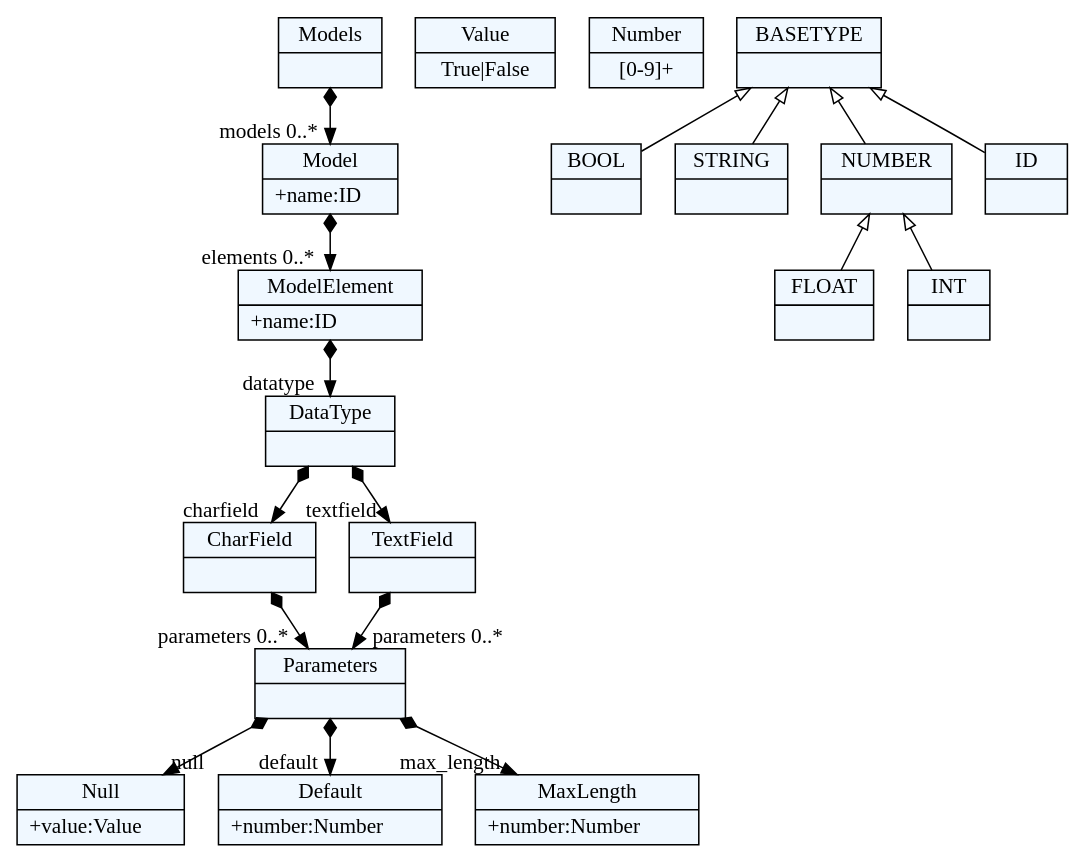
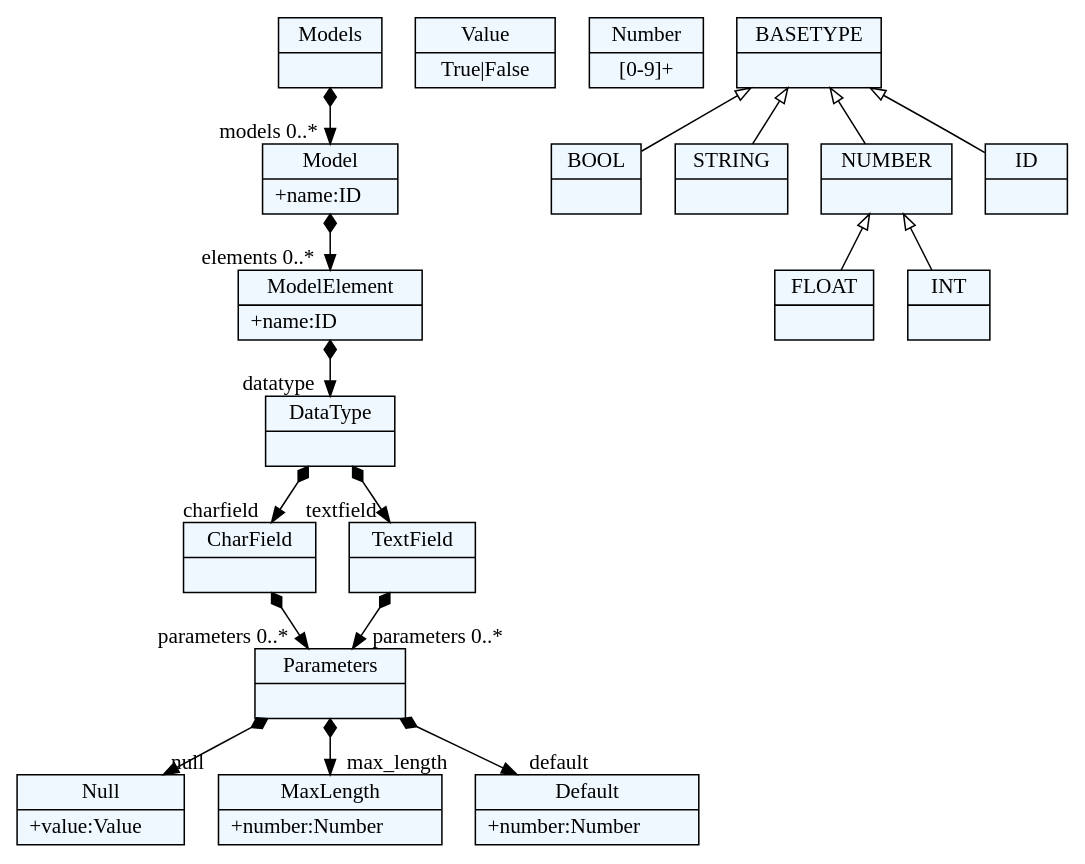
Before and after one commit to Booorkoo/JSD: the diagram in grammer.dot, drawn with Graphviz. The commit also changed 3 other files, not shown here.

```diff
--- a/grammer.dot
+++ b/grammer.dot
@@ -1,69 +1,69 @@
 
     digraph xtext {
     fontname = "Bitstream Vera Sans"
     fontsize = 8
     node[
         shape=record,
         style=filled,
         fillcolor=aliceblue
     ]
     nodesep = 0.3
     edge[dir=black,arrowtail=empty]
 
 
-2771101249064[ label="{Null|+value:Value\l}"]
+1849490629912[ label="{Null|+value:Value\l}"]
 
-2771101233016 -> 2771101221688[arrowtail=diamond, dir=both, headlabel="datatype "]
-2771101233016[ label="{ModelElement|+name:ID\l}"]
+1849489669144 -> 1849489069624[arrowtail=diamond, dir=both, headlabel="models 0..*"]
+1849489669144[ label="{Models|}"]
 
-2771101258504[ label="{Value|True\|False}"]
+1849490650680[ label="{Value|True\|False}"]
 
-2771101246232 -> 2771101222632[arrowtail=diamond, dir=both, headlabel="models 0..*"]
-2771101246232[ label="{Models|}"]
+1849490649736[ label="{MaxLength|+number:Number\l}"]
 
-2771101245288 -> 2771101236792[arrowtail=diamond, dir=both, headlabel="parameters 0..*"]
-2771101245288[ label="{CharField|}"]
+1849490641240 -> 1849490630856[arrowtail=diamond, dir=both, headlabel="parameters 0..*"]
+1849490641240[ label="{CharField|}"]
 
-2771101240568[ label="{Default|+number:Number\l}"]
+1849490626136 -> 1849490641240[arrowtail=diamond, dir=both, headlabel="charfield "]
+1849490626136 -> 1849490628968[arrowtail=diamond, dir=both, headlabel="textfield "]
+1849490626136[ label="{DataType|}"]
 
-2771101247176[ label="{MaxLength|+number:Number\l}"]
+1849489069624 -> 1849490631800[arrowtail=diamond, dir=both, headlabel="elements 0..*"]
+1849489069624[ label="{Model|+name:ID\l}"]
 
-2771101253784 -> 2771101236792[arrowtail=diamond, dir=both, headlabel="parameters 0..*"]
-2771101253784[ label="{TextField|}"]
+1849490631800 -> 1849490626136[arrowtail=diamond, dir=both, headlabel="datatype "]
+1849490631800[ label="{ModelElement|+name:ID\l}"]
 
-2771101236792 -> 2771101247176[arrowtail=diamond, dir=both, headlabel="max_length "]
-2771101236792 -> 2771101249064[arrowtail=diamond, dir=both, headlabel="null "]
-2771101236792 -> 2771101240568[arrowtail=diamond, dir=both, headlabel="default "]
-2771101236792[ label="{Parameters|}"]
+1849490645016[ label="{Default|+number:Number\l}"]
 
-2771101222632 -> 2771101233016[arrowtail=diamond, dir=both, headlabel="elements 0..*"]
-2771101222632[ label="{Model|+name:ID\l}"]
+1849490630856 -> 1849490649736[arrowtail=diamond, dir=both, headlabel="max_length "]
+1849490630856 -> 1849490629912[arrowtail=diamond, dir=both, headlabel="null "]
+1849490630856 -> 1849490645016[arrowtail=diamond, dir=both, headlabel="default "]
+1849490630856[ label="{Parameters|}"]
 
-2771101248120[ label="{Number|[0-9]+}"]
+1849490640296[ label="{Number|[0-9]+}"]
 
-2771101221688 -> 2771101245288[arrowtail=diamond, dir=both, headlabel="charfield "]
-2771101221688 -> 2771101253784[arrowtail=diamond, dir=both, headlabel="textfield "]
-2771101221688[ label="{DataType|}"]
+1849490628968 -> 1849490630856[arrowtail=diamond, dir=both, headlabel="parameters 0..*"]
+1849490628968[ label="{TextField|}"]
 
-2771101244344[ label="{BOOL|}"]
+1849489661592[ label="{BOOL|}"]
 
-2771101223576[ label="{STRING|}"]
+1849489665368[ label="{STRING|}"]
 
-2771101252840[ label="{BASETYPE|}"]
-2771101252840 -> 2771101232072 [dir=back]
-2771101252840 -> 2771101244344 [dir=back]
-2771101252840 -> 2771101235848 [dir=back]
-2771101252840 -> 2771101223576 [dir=back]
+1849489668200[ label="{FLOAT|}"]
 
-2771101237736[ label="{FLOAT|}"]
+1849489670088[ label="{BASETYPE|}"]
+1849489670088 -> 1849489667256 [dir=back]
+1849489670088 -> 1849489661592 [dir=back]
+1849489670088 -> 1849489655928 [dir=back]
+1849489670088 -> 1849489665368 [dir=back]
 
-2771101235848[ label="{ID|}"]
+1849489655928[ label="{ID|}"]
 
-2771101225464[ label="{INT|}"]
+1849489666312[ label="{INT|}"]
 
-2771101232072[ label="{NUMBER|}"]
-2771101232072 -> 2771101237736 [dir=back]
-2771101232072 -> 2771101225464 [dir=back]
+1849489667256[ label="{NUMBER|}"]
+1849489667256 -> 1849489668200 [dir=back]
+1849489667256 -> 1849489666312 [dir=back]
 
 
 }
```
